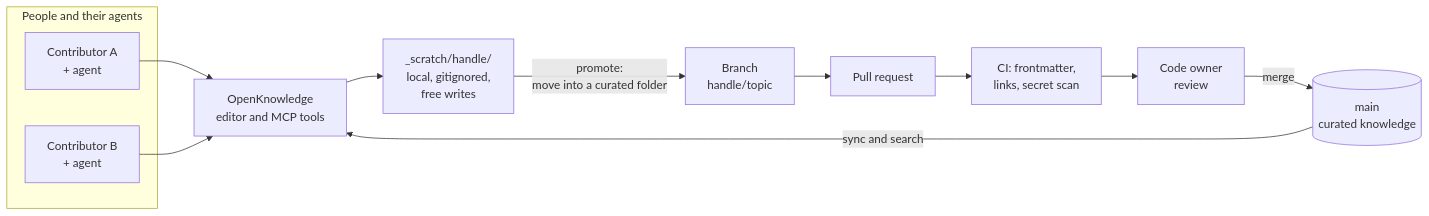
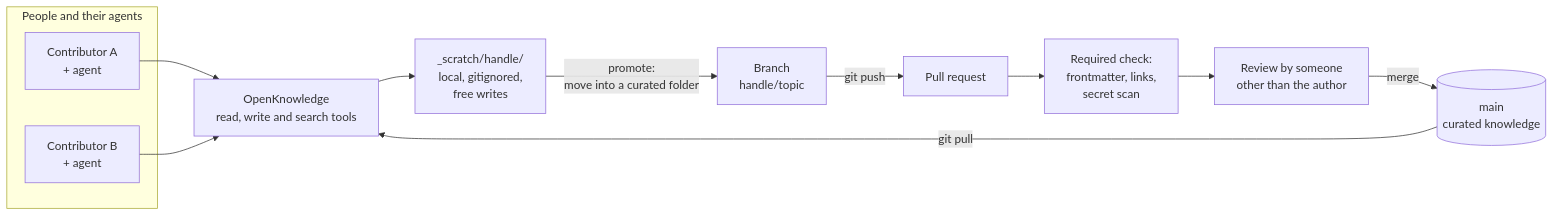
Before and after one commit to inotives/inotives-knowledge-share: the first of 5 diagrams in README.md, drawn with Mermaid. The commit also changed other lines of this file and 2 other files, not shown here.

````diff
--- a/README.md
+++ b/README.md
@@ -20,24 +29,24 @@
 ```mermaid
 flowchart LR
     subgraph People["People and their agents"]
         A["Contributor A<br/>+ agent"]
         B["Contributor B<br/>+ agent"]
     end
-    OK["OpenKnowledge<br/>editor and MCP tools"]
+    OK["OpenKnowledge<br/>read, write and search tools"]
     S["_scratch/handle/<br/>local, gitignored,<br/>free writes"]
     BR["Branch<br/>handle/topic"]
     PR["Pull request"]
-    CI["CI: frontmatter,<br/>links, secret scan"]
-    R["Code owner<br/>review"]
+    CI["Required check:<br/>frontmatter, links,<br/>secret scan"]
+    R["Review by someone<br/>other than the author"]
     M[("main<br/>curated knowledge")]
 
     A --> OK
     B --> OK
     OK --> S
     S -->|"promote:<br/>move into a curated folder"| BR
-    BR --> PR
+    BR -->|"git push"| PR
     PR --> CI
     CI --> R
     R -->|"merge"| M
-    M -->|"sync and search"| OK
+    M -->|"git pull"| OK
 ```
````
